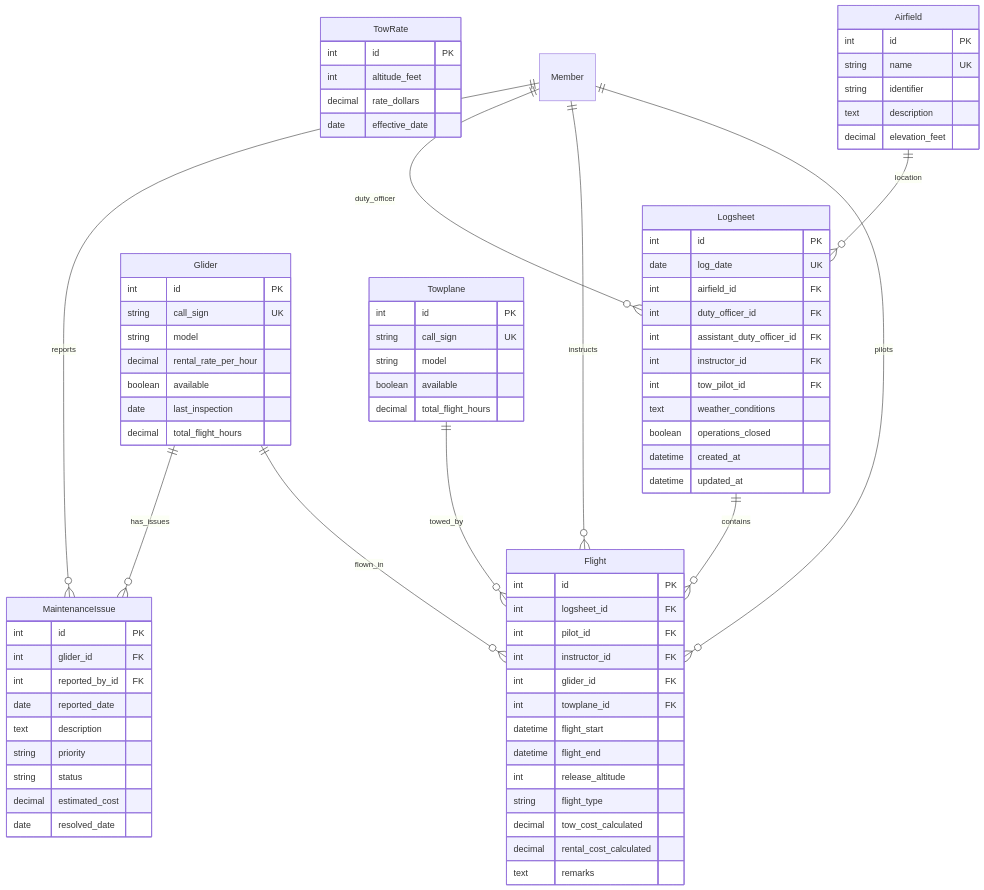
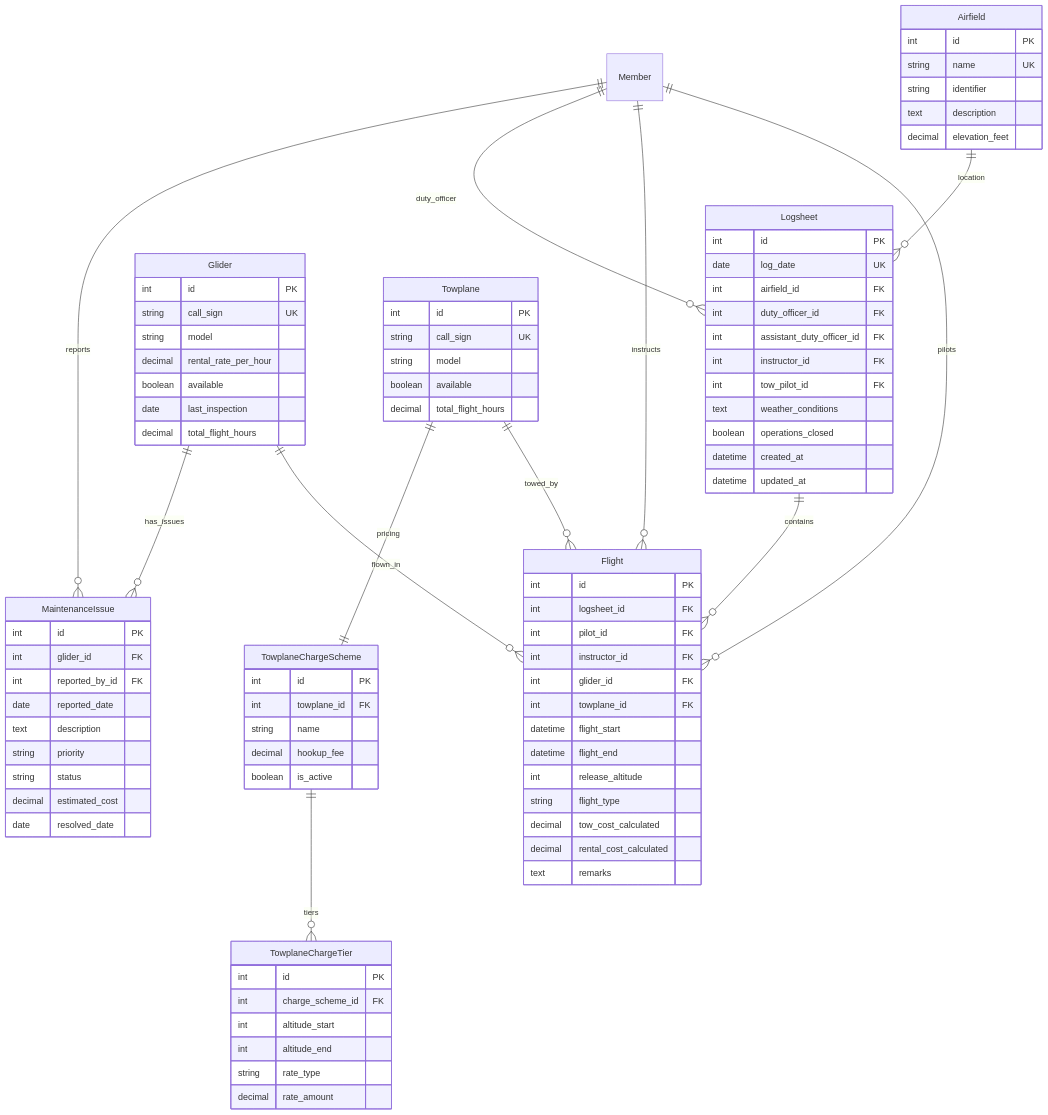
The fifth of 11 diagrams in docs/workflows/04-logsheet-workflow.md (pietbarber/Manage2Soar), drawn with Mermaid before and after one commit. The commit also changed other lines of this file and 14 other files, not shown here.

Commit message:
Deprecate and retire tow rate table Fixes #283

````diff
--- a/docs/workflows/04-logsheet-workflow.md
+++ b/docs/workflows/04-logsheet-workflow.md
@@ -231,11 +232,21 @@
         date resolved_date
     }
 
-    TowRate {
+    TowplaneChargeScheme {
         int id PK
-        int altitude_feet
-        decimal rate_dollars
-        date effective_date
+        int towplane_id FK
+        string name
+        decimal hookup_fee
+        boolean is_active
+    }
+
+    TowplaneChargeTier {
+        int id PK
+        int charge_scheme_id FK
+        int altitude_start
+        int altitude_end
+        string rate_type
+        decimal rate_amount
     }
 
     Airfield {
@@ -255,4 +266,6 @@
     Airfield ||--o{ Logsheet : location
     Glider ||--o{ MaintenanceIssue : has_issues
     Member ||--o{ MaintenanceIssue : reports
+    Towplane ||--|| TowplaneChargeScheme : pricing
+    TowplaneChargeScheme ||--o{ TowplaneChargeTier : tiers
 ```
````
